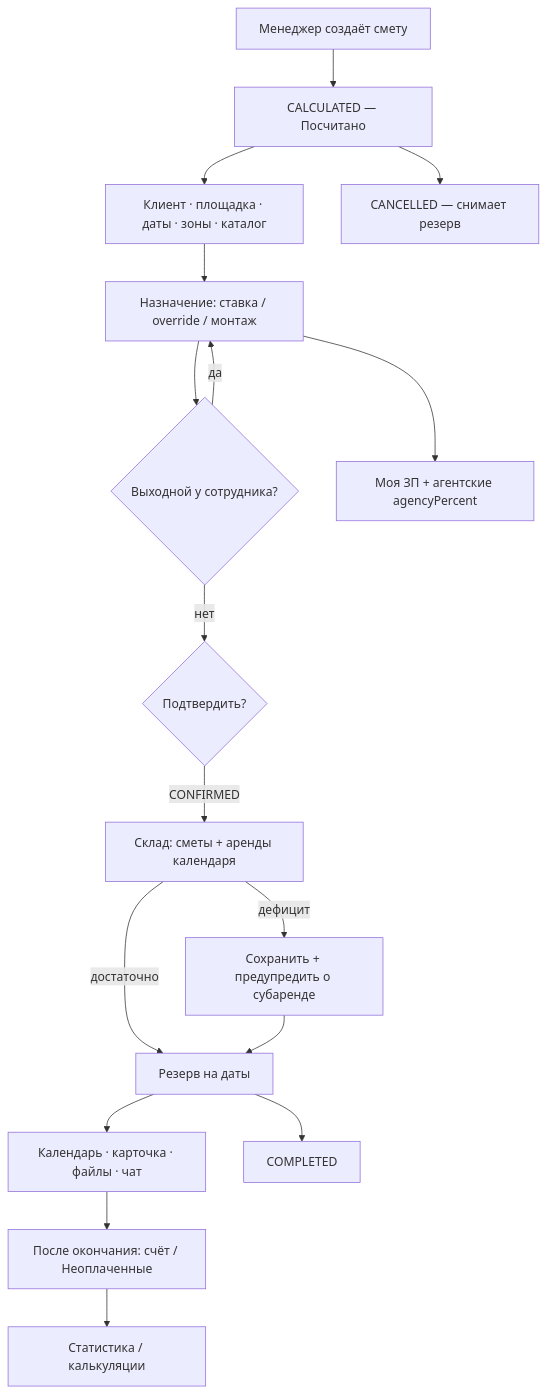
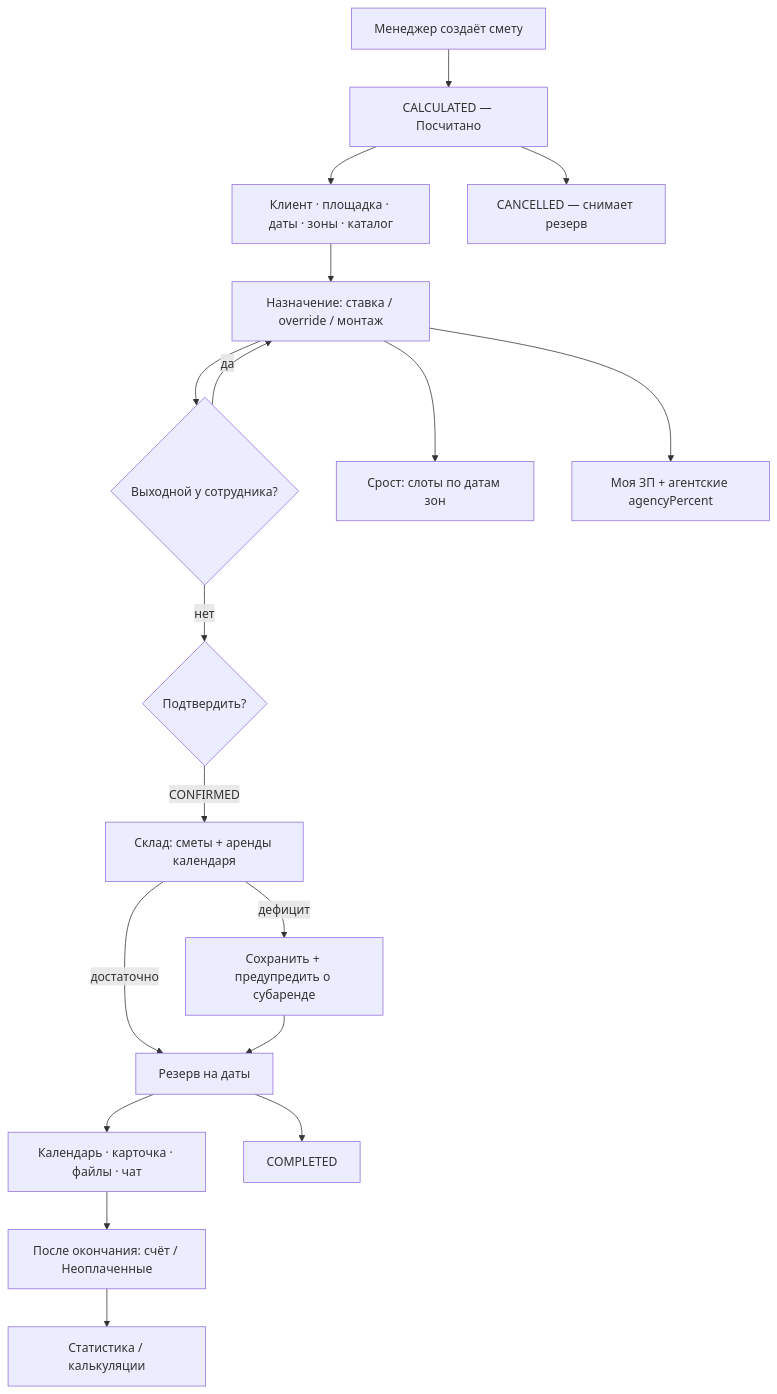
Before and after one commit to Strelka38/CRM_Project: the first of 2 diagrams in README.md, drawn with Mermaid. The commit also changed other lines of this file, not shown here.

````diff
--- a/README.md
+++ b/README.md
@@ -403,19 +548,20 @@
 ```mermaid
 flowchart TD
   A[Менеджер создаёт смету] --> B[CALCULATED — Посчитано]
   B --> C[Клиент · площадка · даты · зоны · каталог]
   C --> D[Назначение: ставка / override / монтаж]
   D --> D1{Выходной у сотрудника?}
   D1 -->|да| D
   D1 -->|нет| E{Подтвердить?}
   E -->|CONFIRMED| F[Склад: сметы + аренды календаря]
   F -->|дефицит| F1[Сохранить + предупредить о субаренде]
   F -->|достаточно| G[Резерв на даты]
   F1 --> G
   G --> H[Календарь · карточка · файлы · чат]
+  D --> R[Срост: слоты по датам зон]
   H --> I[После окончания: счёт / Неоплаченные]
   G --> L[COMPLETED]
   B --> M[CANCELLED — снимает резерв]
   D --> N[Моя ЗП + агентские agencyPercent]
   I --> O[Статистика / калькуляции]
 ```
````
